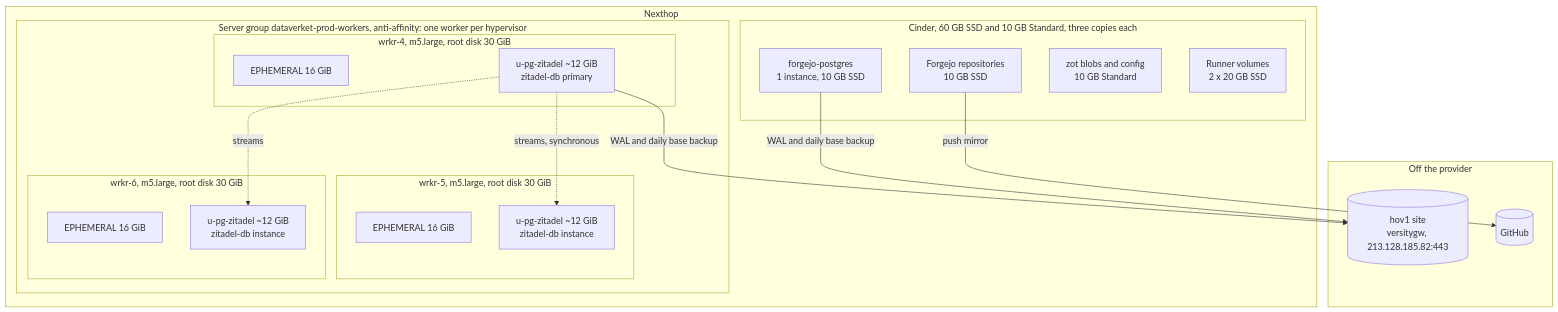
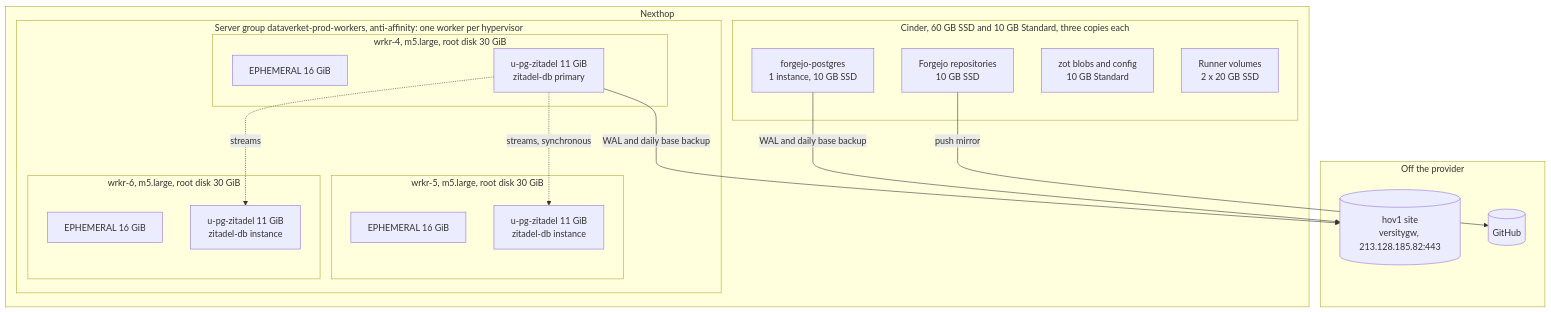
Before and after one commit to dataverket-org/fabrikk-infra: the second of 2 diagrams in docs/plans/2026-09-storage-building-blocks.md, drawn with Mermaid. The commit also changed other lines of this file and 1 other file, not shown here.

````diff
--- a/docs/plans/2026-09-storage-building-blocks.md
+++ b/docs/plans/2026-09-storage-building-blocks.md
@@ -96,34 +96,34 @@
 ```mermaid
 flowchart TB
   subgraph nexthop["Nexthop"]
     subgraph group["Server group dataverket-prod-workers, anti-affinity: one worker per hypervisor"]
       subgraph w4["wrkr-4, m5.large, root disk 30 GiB"]
         e4["EPHEMERAL 16 GiB"]
-        z4["u-pg-zitadel ~12 GiB<br/>zitadel-db primary"]
+        z4["u-pg-zitadel 11 GiB<br/>zitadel-db primary"]
       end
       subgraph w5["wrkr-5, m5.large, root disk 30 GiB"]
         e5["EPHEMERAL 16 GiB"]
-        z5["u-pg-zitadel ~12 GiB<br/>zitadel-db instance"]
+        z5["u-pg-zitadel 11 GiB<br/>zitadel-db instance"]
       end
       subgraph w6["wrkr-6, m5.large, root disk 30 GiB"]
         e6["EPHEMERAL 16 GiB"]
-        z6["u-pg-zitadel ~12 GiB<br/>zitadel-db instance"]
+        z6["u-pg-zitadel 11 GiB<br/>zitadel-db instance"]
       end
     end
     subgraph cinder["Cinder, 60 GB SSD and 10 GB Standard, three copies each"]
       fpg["forgejo-postgres<br/>1 instance, 10 GB SSD"]
       repo["Forgejo repositories<br/>10 GB SSD"]
       zot["zot blobs and config<br/>10 GB Standard"]
       run["Runner volumes<br/>2 x 20 GB SSD"]
     end
   end
   subgraph off["Off the provider"]
     hov1[("hov1 site<br/>versitygw, 213.128.185.82:443")]
     gh[("GitHub")]
   end
   repo -- "push mirror" --> gh
   z4 -. "streams, synchronous" .-> z5
   z4 -. "streams" .-> z6
   fpg -- "WAL and daily base backup" --> hov1
   z4 -- "WAL and daily base backup" --> hov1
 ```
````
